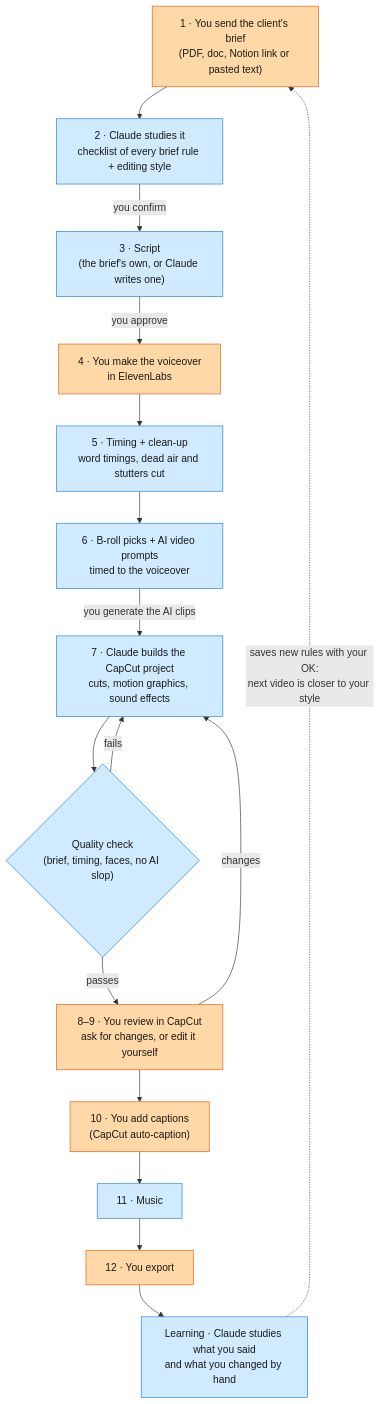
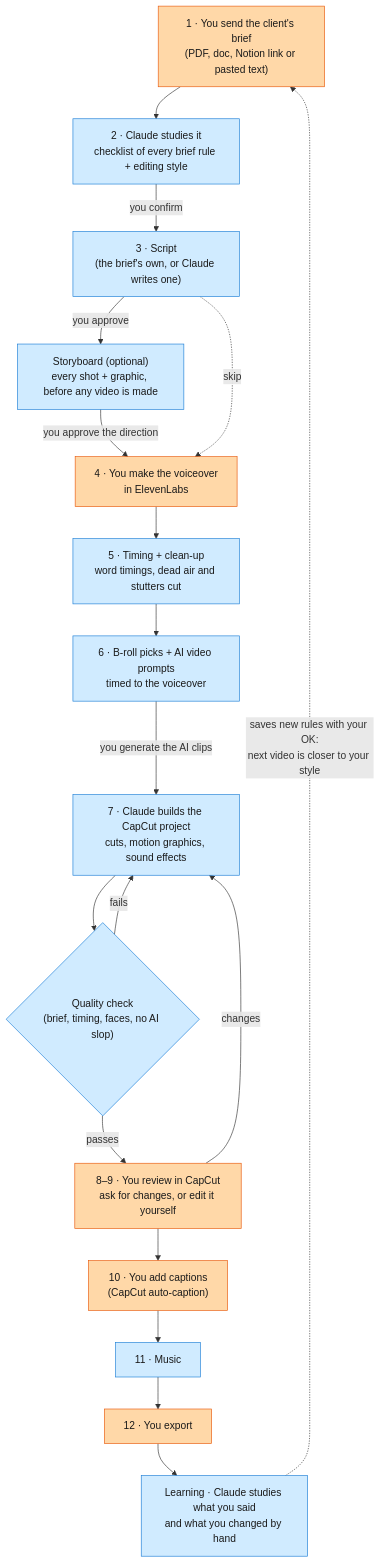
One commit to jushuaaang/edit-mo-to changed the diagram in README.md. Above: the diagram before and after it, drawn with Mermaid. The commit also changed other lines of this file and 7 other files, not shown here.

First line of the commit message:
Optional storyboard gate at the script step; fix escaped text in notify/checklist

````diff
--- a/README.md
+++ b/README.md
@@ -11,20 +11,22 @@
 ```mermaid
 flowchart TD
     A["1 · You send the client's brief<br/>(PDF, doc, Notion link or pasted text)"]:::you --> B["2 · Claude studies it<br/>checklist of every brief rule + editing style"]:::claude
     B -->|you confirm| C["3 · Script<br/>(the brief's own, or Claude writes one)"]:::claude
-    C -->|you approve| D["4 · You make the voiceover<br/>in ElevenLabs"]:::you
+    C -->|you approve| S["Storyboard (optional)<br/>every shot + graphic, before any video is made"]:::claude
+    S -->|you approve the direction| D["4 · You make the voiceover<br/>in ElevenLabs"]:::you
+    C -.->|skip| D
     D --> E["5 · Timing + clean-up<br/>word timings, dead air and stutters cut"]:::claude
     E --> F["6 · B-roll picks + AI video prompts<br/>timed to the voiceover"]:::claude
     F -->|you generate the AI clips| G["7 · Claude builds the CapCut project<br/>cuts, motion graphics, sound effects"]:::claude
     G --> Q{"Quality check<br/>(brief, timing, faces, no AI slop)"}:::claude
     Q -->|fails| G
     Q -->|passes| H["8–9 · You review in CapCut<br/>ask for changes, or edit it yourself"]:::you
     H -->|changes| G
     H --> I["10 · You add captions<br/>(CapCut auto-caption)"]:::you
     I --> J["11 · Music"]:::claude
     J --> K["12 · You export"]:::you
     K --> L["Learning · Claude studies what you said<br/>and what you changed by hand"]:::claude
     L -.->|"saves new rules with your OK:<br/>next video is closer to your style"| A
     classDef you fill:#ffd8a8,stroke:#e8590c,color:#1a1a1a
     classDef claude fill:#d0ebff,stroke:#1c7ed6,color:#1a1a1a
 ```
````
